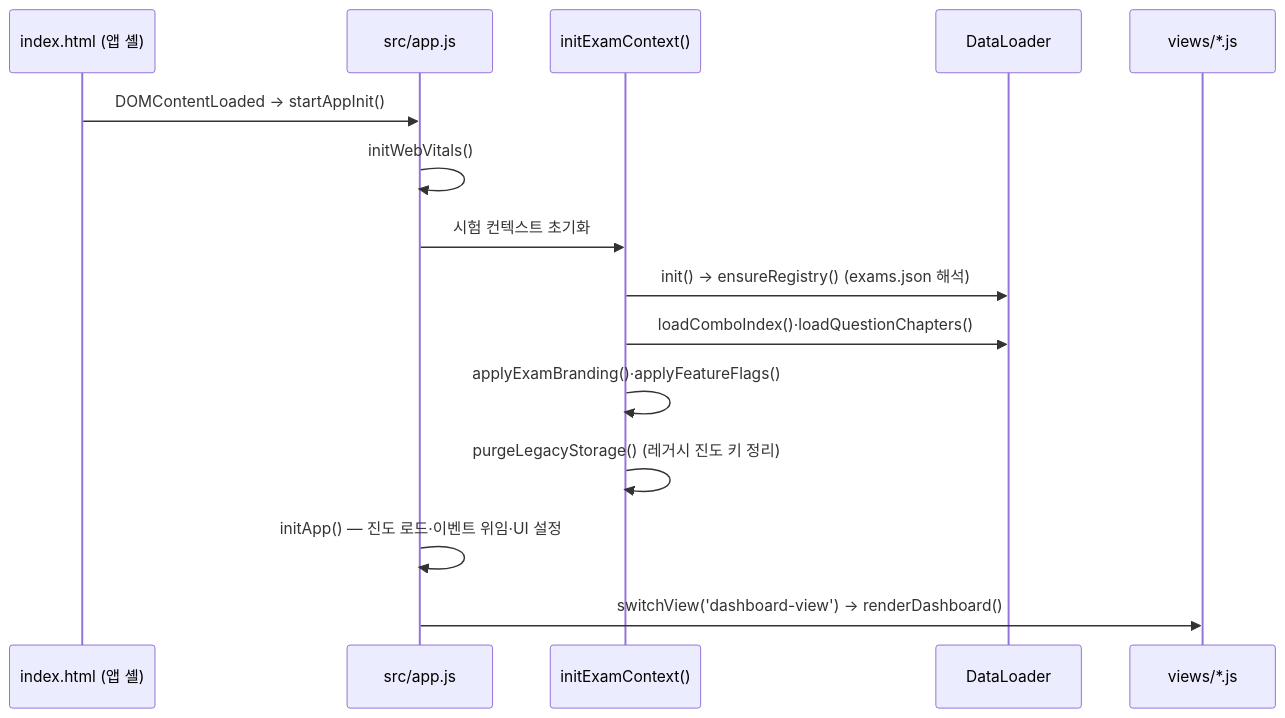
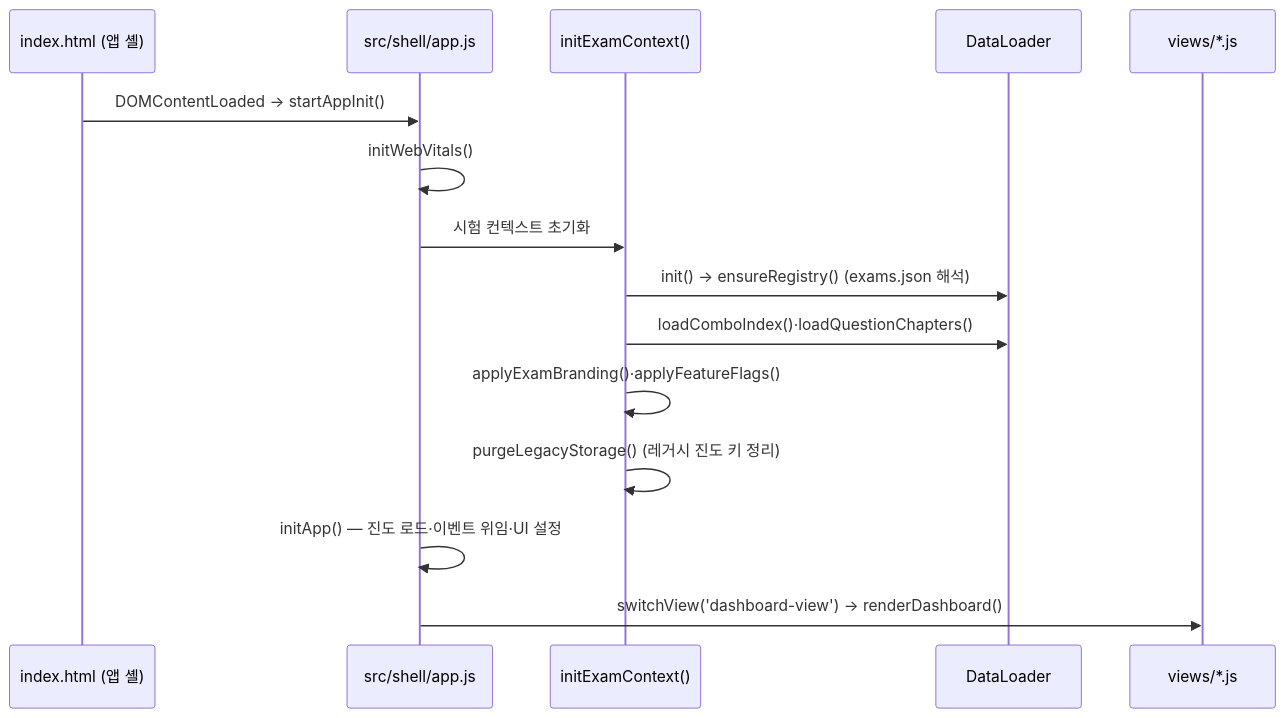
One commit to skygoldlee-cyber/passok changed the second of 6 diagrams in docs/dev/reference/CODE_READING_GUIDE.md. Above: the diagram before and after it, drawn with Mermaid. The commit also changed other lines of this file and 385 other files, not shown here.

````diff
--- a/docs/dev/reference/CODE_READING_GUIDE.md
+++ b/docs/dev/reference/CODE_READING_GUIDE.md
@@ -35,18 +35,18 @@
 ```mermaid
 sequenceDiagram
     participant HTML as index.html (앱 셸)
-    participant APP as src/app.js
+    participant APP as src/shell/app.js
     participant CTX as initExamContext()
     participant DL as DataLoader
     participant VIEW as views/*.js
 
     HTML->>APP: DOMContentLoaded → startAppInit()
     APP->>APP: initWebVitals()
     APP->>CTX: 시험 컨텍스트 초기화
     CTX->>DL: init() → ensureRegistry() (exams.json 해석)
     CTX->>DL: loadComboIndex()·loadQuestionChapters()
     CTX->>CTX: applyExamBranding()·applyFeatureFlags()
     CTX->>CTX: purgeLegacyStorage() (레거시 진도 키 정리)
     APP->>APP: initApp() — 진도 로드·이벤트 위임·UI 설정
     APP->>VIEW: switchView('dashboard-view') → renderDashboard()
 ```
````
